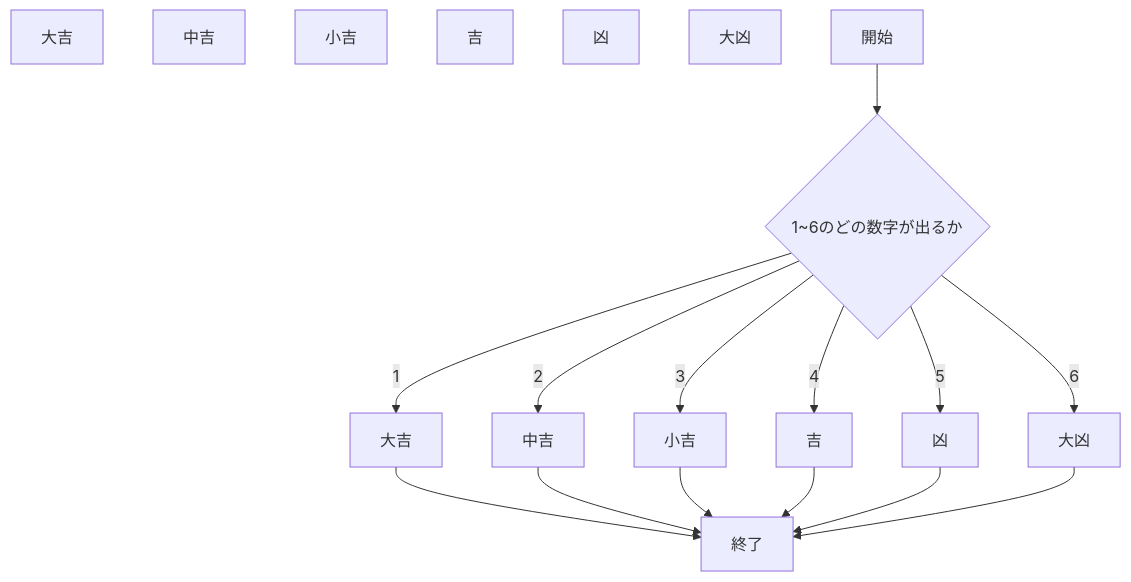
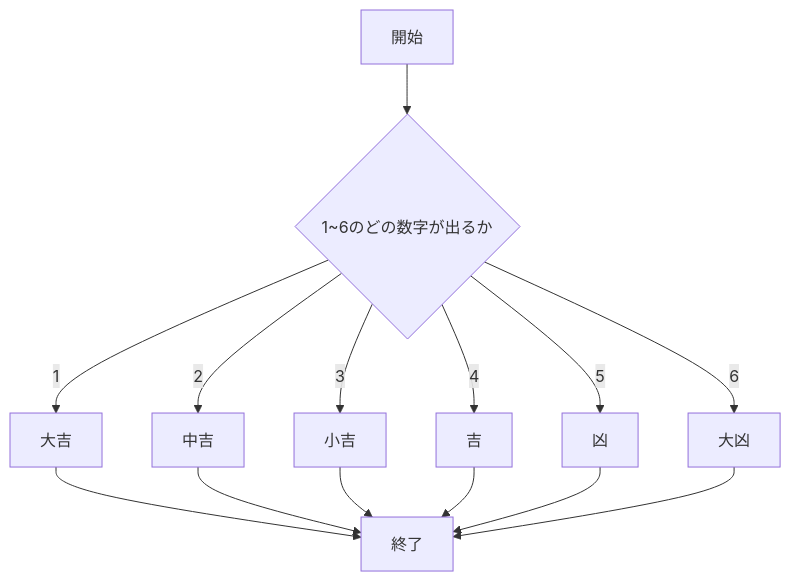
Before and after one commit to km919/webpro_06: the sixth of 6 diagrams in README.md, drawn with Mermaid.

Commit message:
11/18の02:59に編集済

````diff
--- a/README.md
+++ b/README.md
@@ -237,25 +237,19 @@
 ```mermaid
 flowchart TD;
 start["開始"];
 end1["終了"]
 if{"1~6のどの数字が出るか"}
-1["大吉"]
-2["中吉"]
-3["小吉"]
-4["吉"]
-5["凶"]
-6["大凶"]
 start --> if
 if -->|1| 大吉
 大吉 --> end1
 if -->|2| 中吉
 中吉 --> end1
 if -->|3| 小吉
 小吉 --> end1
 if -->|4| 吉
 吉 --> end1
 if -->|5| 凶
 凶 --> end1
 if -->|6| 大凶
 大凶 --> end1
 ```
````
